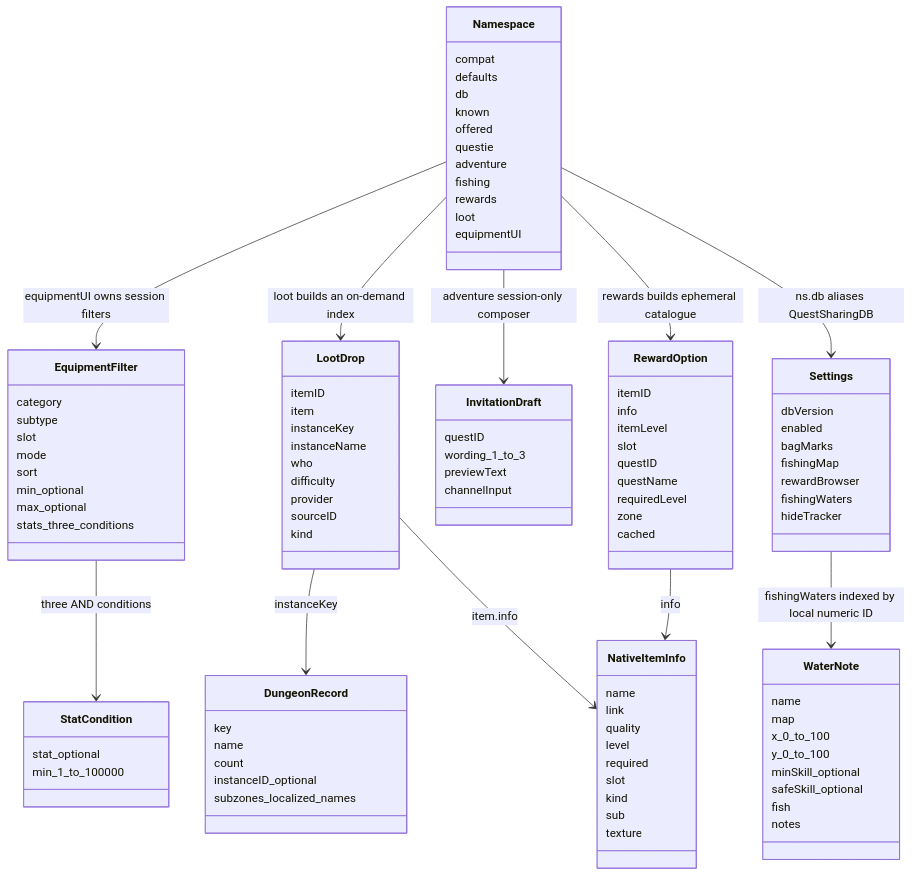
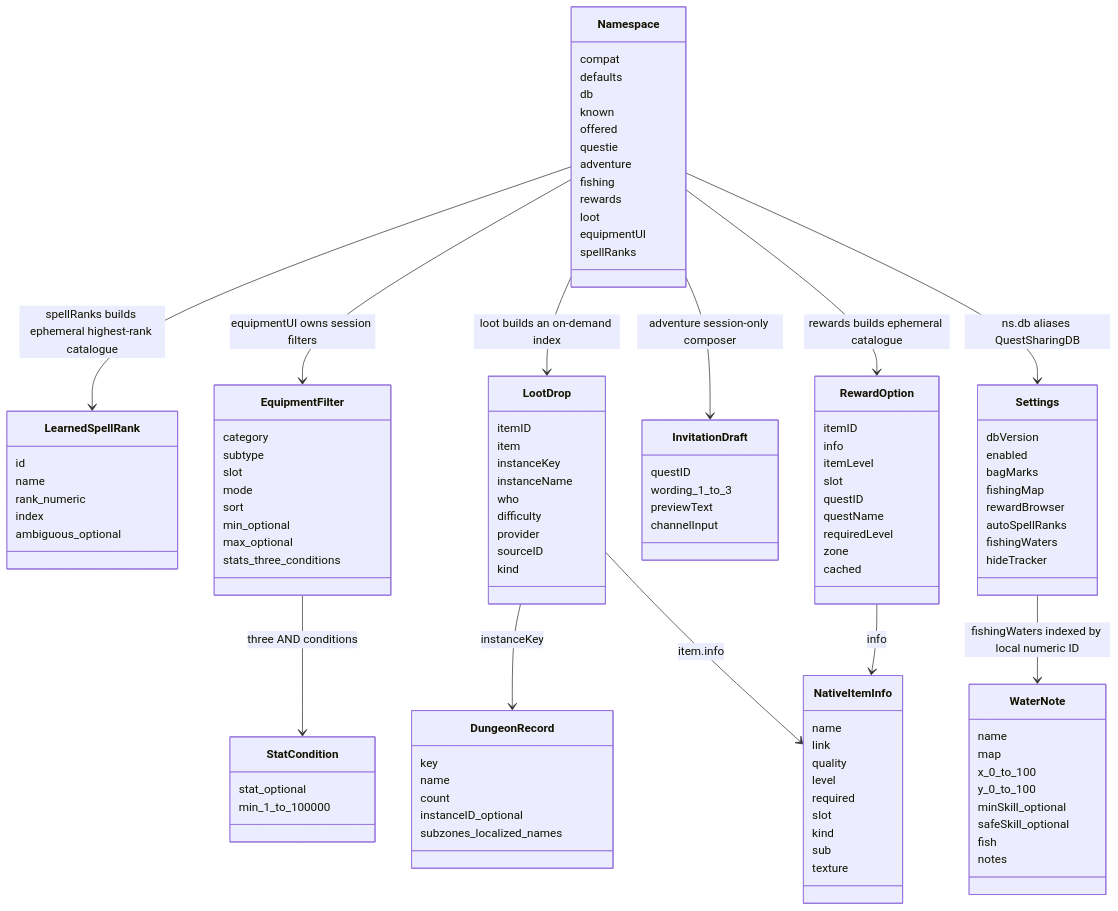
One commit to YodaGitMaster/QuestSharing changed the ninth of 9 diagrams in context/architecture.md. Above: the diagram before and after it, drawn with Mermaid. The commit also changed other lines of this file and 14 other files, not shown here.

Commit message:
Add opt-in highest learned spell ranks on action bars

```diff
--- a/context/architecture.md
+++ b/context/architecture.md
@@ -248,6 +275,7 @@
         rewards
         loot
         equipmentUI
+        spellRanks
     }
     class Settings {
         dbVersion
@@ -255,6 +283,7 @@
         bagMarks
         fishingMap
         rewardBrowser
+        autoSpellRanks
         fishingWaters
         hideTracker
     }
@@ -332,6 +361,14 @@
         min_1_to_100000
     }
     EquipmentFilter --> StatCondition : three AND conditions
+    class LearnedSpellRank {
+        id
+        name
+        rank_numeric
+        index
+        ambiguous_optional
+    }
+    Namespace --> LearnedSpellRank : spellRanks builds ephemeral highest-rank catalogue
     Namespace --> EquipmentFilter : equipmentUI owns session filters
     Namespace --> LootDrop : loot builds an on-demand index
     Namespace --> InvitationDraft : adventure session-only composer
```
